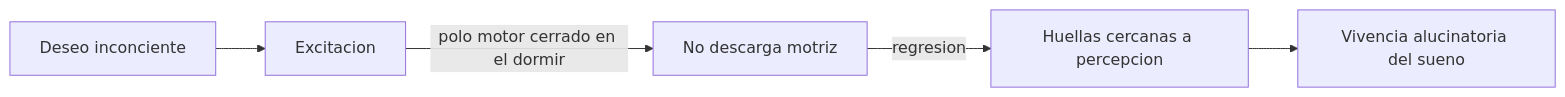
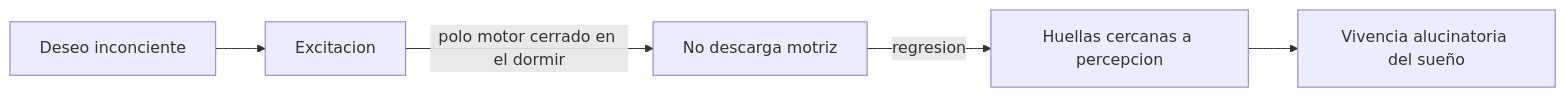
The eighth of 28 diagrams in libro/bookops/04-apendice-investigacion-parcial/02-material-crudo-guias-y-notas.md (javifernandes/psicoanalisis-freud-laznik), drawn with Mermaid before and after one commit. The commit also changed other lines of this file and 30 other files, not shown here.

````diff
--- a/libro/bookops/04-apendice-investigacion-parcial/02-material-crudo-guias-y-notas.md
+++ b/libro/bookops/04-apendice-investigacion-parcial/02-material-crudo-guias-y-notas.md
@@ -480,7 +480,7 @@
 ```mermaid
 flowchart LR
   A["Deseo inconciente"] --> B["Excitacion"]
   B -->|"polo motor cerrado en el dormir"| C["No descarga motriz"]
   C -->|"regresion"| D["Huellas cercanas a percepcion"]
-  D --> E["Vivencia alucinatoria del sueno"]
+  D --> E["Vivencia alucinatoria del sueño"]
 ```
````
